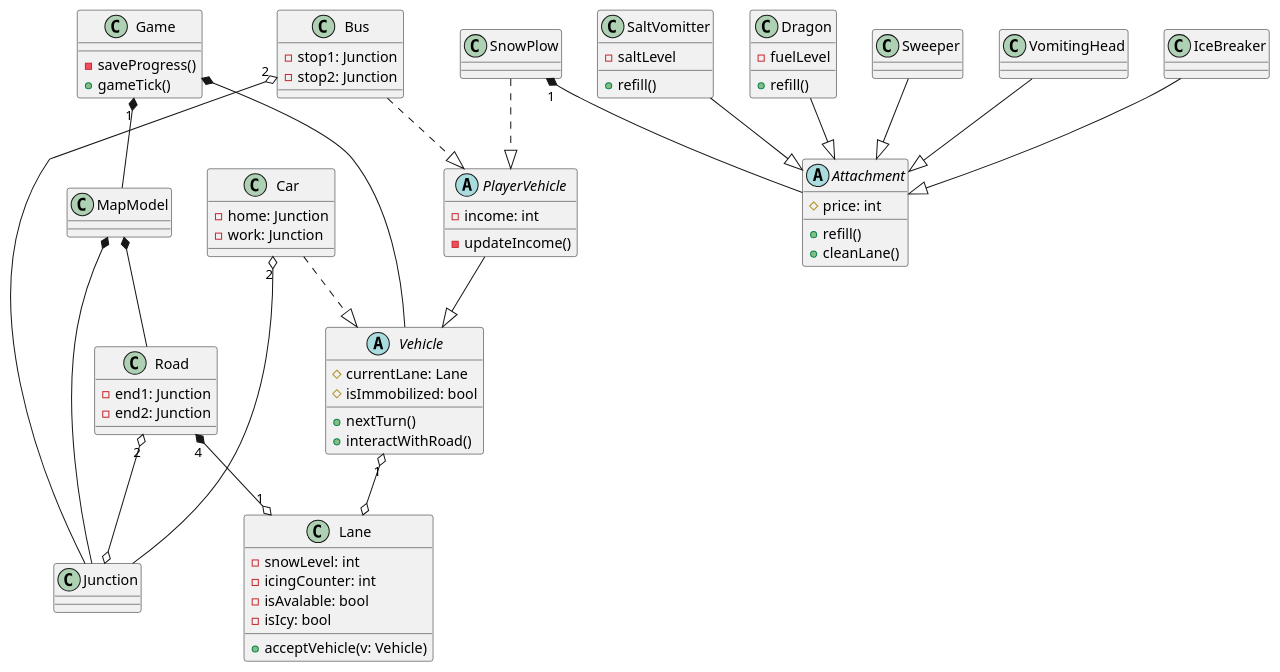
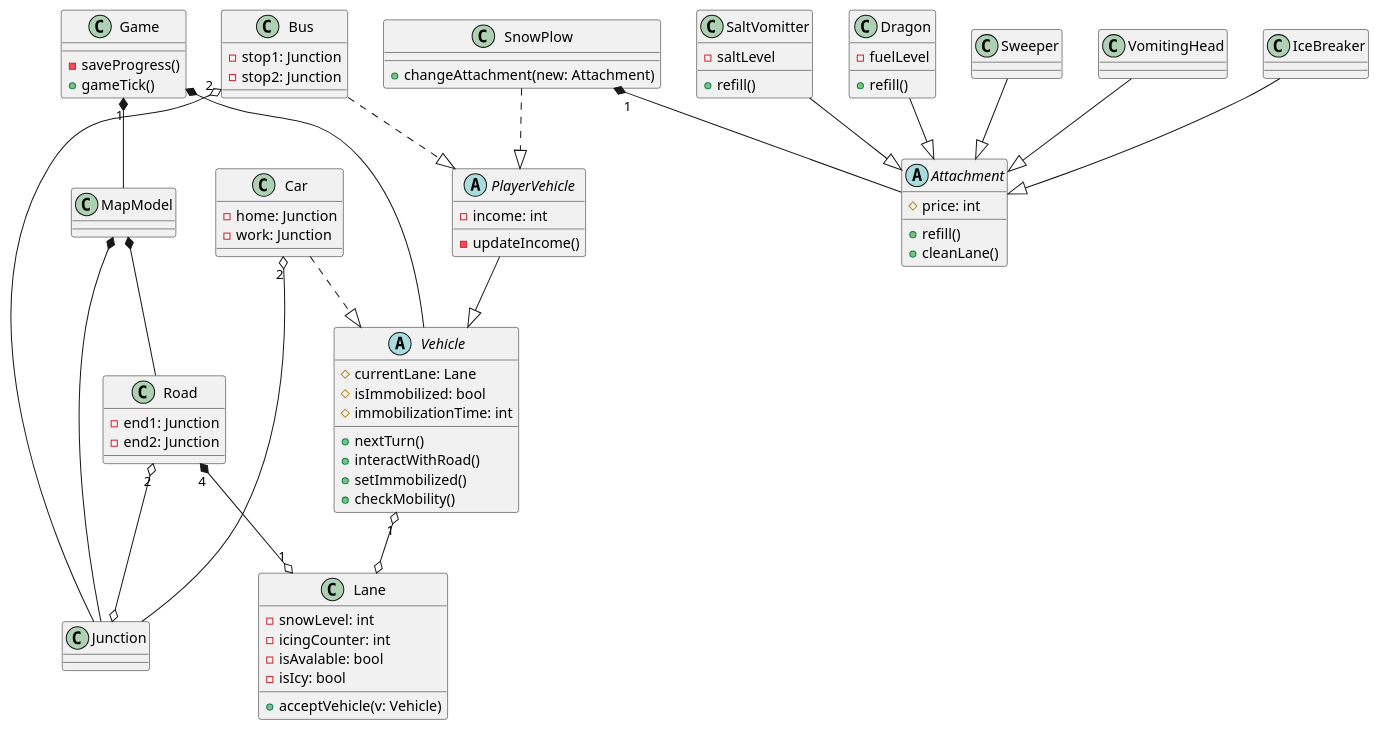
The diagram in docs/diagrams/class-diagram.puml (toth-andor/UneNotteANapoli), drawn with PlantUML before and after one commit.

Commit message:
update class diagram

```diff
--- a/docs/diagrams/class-diagram.puml
+++ b/docs/diagrams/class-diagram.puml
@@ -1,108 +1,112 @@
 @startuml class-diagram
 
 
 abstract Vehicle {
   # currentLane: Lane
   # isImmobilized: bool
+  # immobilizationTime: int
 
   + nextTurn()
   + interactWithRoad()
+  + setImmobilized()
+  + checkMobility()
 }
 
 abstract PlayerVehicle {
     - income: int
     - updateIncome()
 }
 
 class Bus {
   - stop1: Junction
   - stop2: Junction
 }
 
 class SnowPlow {
+  + changeAttachment(new: Attachment)
 }
 
 class Car {
   - home: Junction
   - work: Junction
 }
 
 abstract Attachment {
   # price: int
 
   + refill()
   + cleanLane()
   
 }
 
 class Dragon {
   - fuelLevel
   + refill()
 }
 class Sweeper
 class VomitingHead
 class IceBreaker
 class SaltVomitter {
   - saltLevel
   + refill()
 }
 
 
 class Road {
   - end1: Junction
   - end2: Junction
 }
 
 class Lane {
   - snowLevel: int
   - icingCounter: int
   - isAvalable: bool
   - isIcy: bool
   + acceptVehicle(v: Vehicle)
   
 }
 
 class Junction
 
 class MapModel
 
 class Game {
   - saveProgress()
   + gameTick()
 }
 
 
 Road "4"*--o "1" Lane 
 
 
 
 PlayerVehicle --|> Vehicle
 Bus ..|> PlayerVehicle 
 SnowPlow ..|> PlayerVehicle
 Car ..|> Vehicle
 
 Dragon --|> Attachment
 Sweeper --|> Attachment
 VomitingHead --|> Attachment
 IceBreaker --|> Attachment
 SaltVomitter --|> Attachment
 
 SnowPlow "1"*-- Attachment
 
 
 Road "2" o--o Junction
 
 MapModel *-- Road
 MapModel *-- Junction
 
 Game "1"*-- MapModel
 Game *-- Vehicle
 
 Vehicle "1" o--o Lane
 
 Bus "2" o-- Junction
 Car "2" o-- Junction
 
 
 
 @enduml
```
